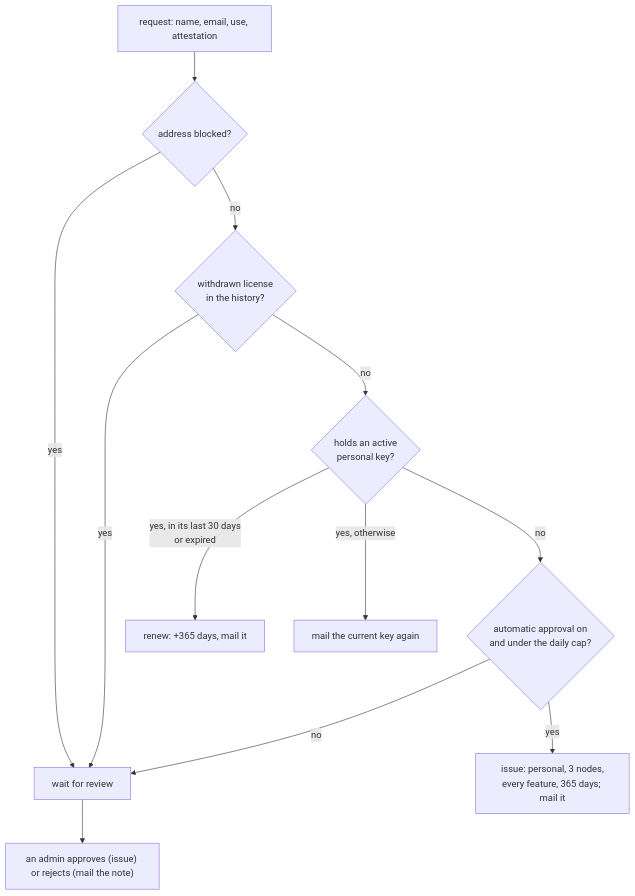
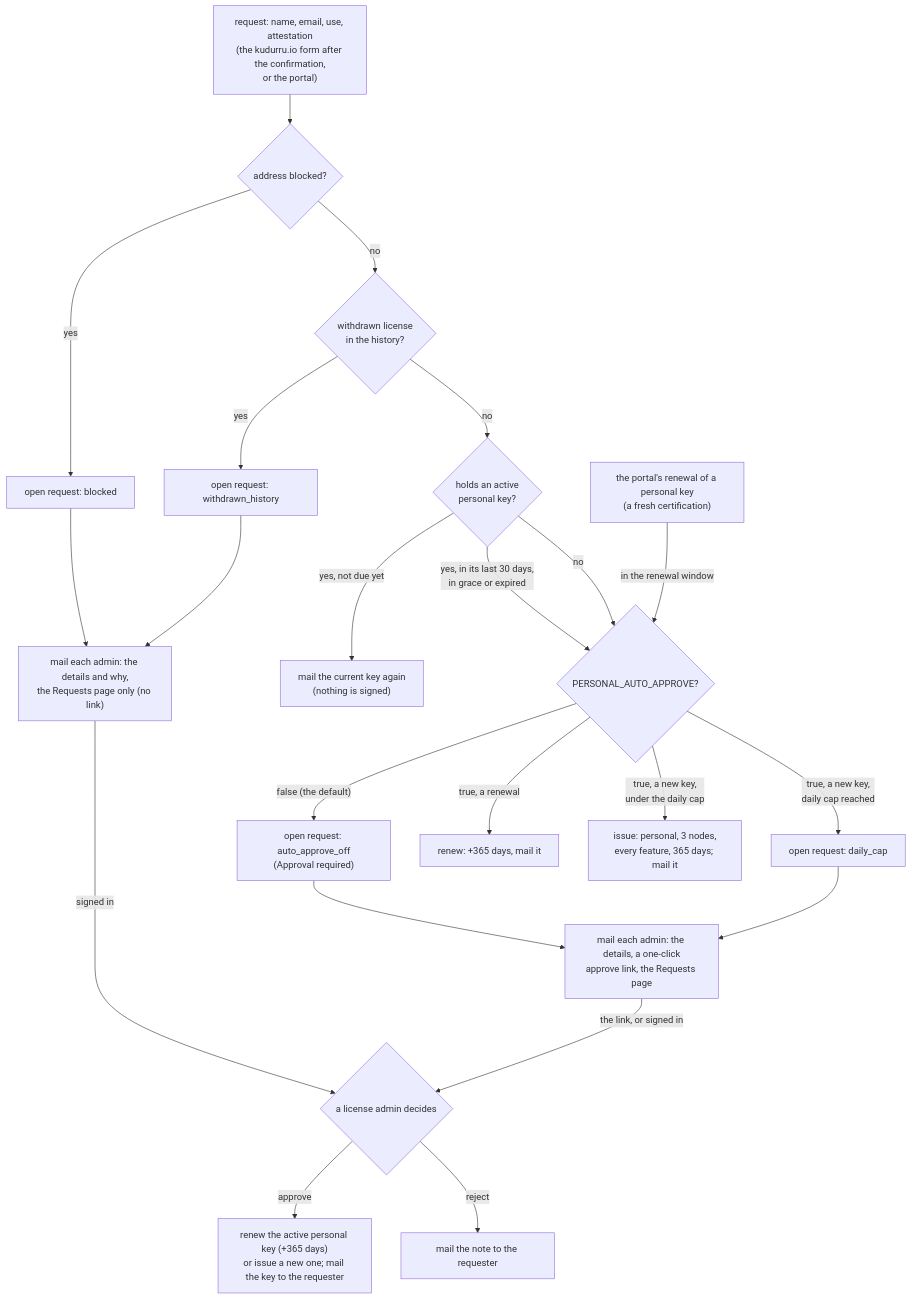
One commit to robertherbaugh/kudurru changed the fourth of 7 diagrams in license-server/docs/architecture.md. Above: the diagram before and after it, drawn with Mermaid. The commit also changed other lines of this file and 65 other files, not shown here.

````diff
--- a/license-server/docs/architecture.md
+++ b/license-server/docs/architecture.md
@@ -95,14 +109,24 @@
 ```mermaid
 flowchart TD
-    R["request: name, email, use, attestation"] --> B{"address blocked?"}
-    B -->|yes| Q["wait for review"]
+    R["request: name, email, use, attestation<br/>(the kudurru.io form after the confirmation,<br/>or the portal)"] --> B{"address blocked?"}
+    B -->|yes| QB["open request: blocked"]
     B -->|no| W{"withdrawn license<br/>in the history?"}
-    W -->|yes| Q
+    W -->|yes| QW["open request: withdrawn_history"]
     W -->|no| H{"holds an active<br/>personal key?"}
-    H -->|"yes, in its last 30 days<br/>or expired"| RN["renew: +365 days, mail it"]
-    H -->|"yes, otherwise"| RS["mail the current key again"]
-    H -->|no| AA{"automatic approval on<br/>and under the daily cap?"}
-    AA -->|no| Q
-    AA -->|yes| IS["issue: personal, 3 nodes,<br/>every feature, 365 days; mail it"]
-    Q --> AD["an admin approves (issue) or rejects (mail the note)"]
+    H -->|"yes, not due yet"| RS["mail the current key again<br/>(nothing is signed)"]
+    H -->|"yes, in its last 30 days,<br/>in grace or expired"| AA{"PERSONAL_AUTO_APPROVE?"}
+    H -->|no| AA
+    PR["the portal's renewal of a personal key<br/>(a fresh certification)"] -->|"in the renewal window"| AA
+    AA -->|"false (the default)"| Q["open request: auto_approve_off<br/>(Approval required)"]
+    AA -->|"true, a renewal"| RN["renew: +365 days, mail it"]
+    AA -->|"true, a new key,<br/>under the daily cap"| IS["issue: personal, 3 nodes,<br/>every feature, 365 days; mail it"]
+    AA -->|"true, a new key,<br/>daily cap reached"| QC["open request: daily_cap"]
+    Q --> L["mail each admin: the details, a one-click<br/>approve link, the Requests page"]
+    QC --> L
+    QB --> N["mail each admin: the details and why,<br/>the Requests page only (no link)"]
+    QW --> N
+    L -->|"the link, or signed in"| D{"a license admin decides"}
+    N -->|"signed in"| D
+    D -->|approve| AP["renew the active personal key (+365 days)<br/>or issue a new one; mail the key to the requester"]
+    D -->|reject| RJ["mail the note to the requester"]
 ```
````
